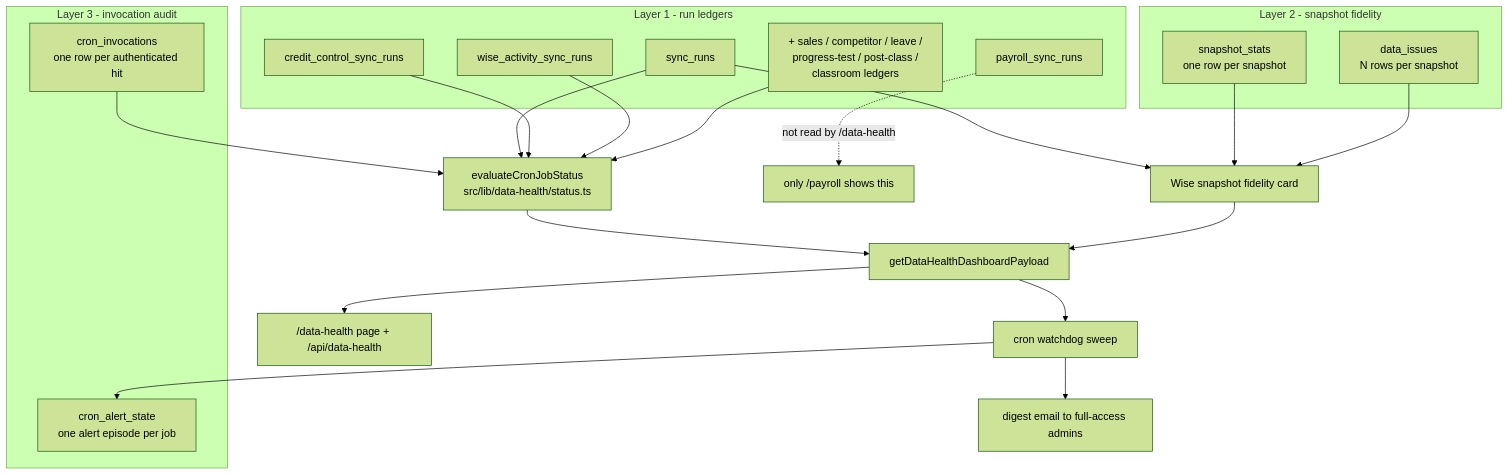
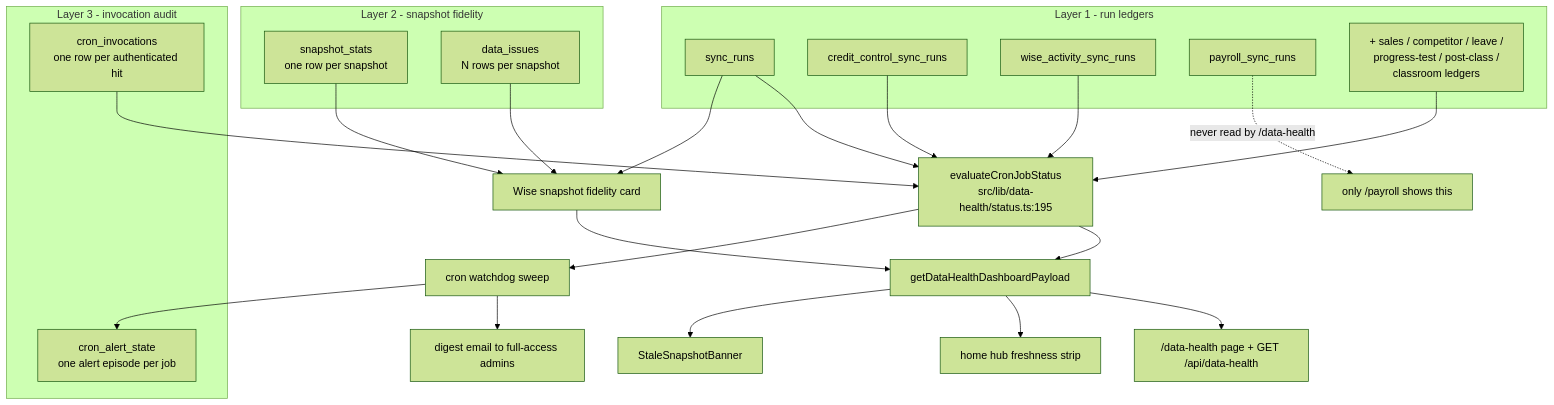
Before and after one commit to kasheesh711/bgscheduler: the first of 4 diagrams in docs/operations/observability.md, drawn with Mermaid (forest theme). The commit also changed other lines of this file and 95 other files, not shown here.

````diff
--- a/docs/operations/observability.md
+++ b/docs/operations/observability.md
@@ -32,34 +37,36 @@
 ```mermaid
 flowchart TB
   subgraph L3["Layer 3 - invocation audit"]
     CI["cron_invocations<br/>one row per authenticated hit"]
     CAS["cron_alert_state<br/>one alert episode per job"]
   end
   subgraph L1["Layer 1 - run ledgers"]
     SR["sync_runs"]
     CC["credit_control_sync_runs"]
     WA["wise_activity_sync_runs"]
     PR["payroll_sync_runs"]
     OTH["+ sales / competitor / leave /<br/>progress-test / post-class /<br/>classroom ledgers"]
   end
   subgraph L2["Layer 2 - snapshot fidelity"]
     SS["snapshot_stats<br/>one row per snapshot"]
     DI["data_issues<br/>N rows per snapshot"]
   end
 
-  CI --> DERIVE["evaluateCronJobStatus<br/>src/lib/data-health/status.ts"]
+  CI --> DERIVE["evaluateCronJobStatus<br/>src/lib/data-health/status.ts:195"]
   SR --> DERIVE
   CC --> DERIVE
   WA --> DERIVE
   OTH --> DERIVE
   SR --> SNAP["Wise snapshot fidelity card"]
   SS --> SNAP
   DI --> SNAP
   DERIVE --> PAYLOAD["getDataHealthDashboardPayload"]
   SNAP --> PAYLOAD
-  PAYLOAD --> UI["/data-health page + /api/data-health"]
-  PAYLOAD --> WD["cron watchdog sweep"]
+  PAYLOAD --> UI["/data-health page + GET /api/data-health"]
+  PAYLOAD --> HUB["home hub freshness strip"]
+  PAYLOAD --> BANNER["StaleSnapshotBanner"]
+  DERIVE --> WD["cron watchdog sweep"]
   WD --> CAS
   WD --> MAIL["digest email to full-access admins"]
-  PR -.->|not read by /data-health| X["only /payroll shows this"]
+  PR -.->|never read by /data-health| X["only /payroll shows this"]
 ```
````
